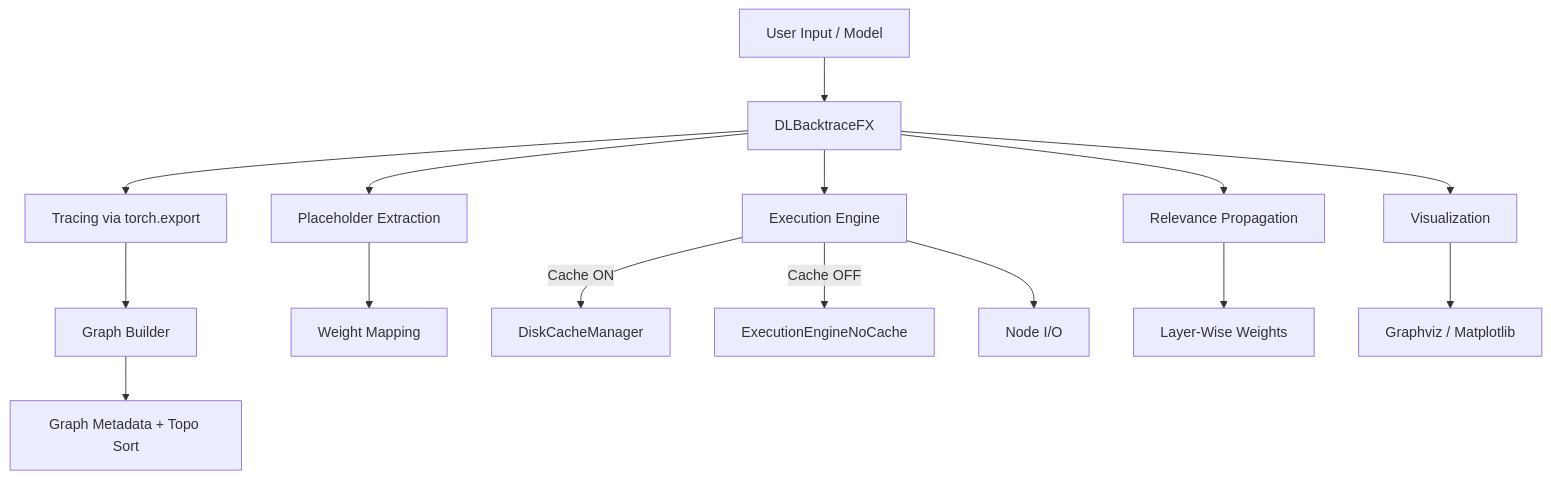
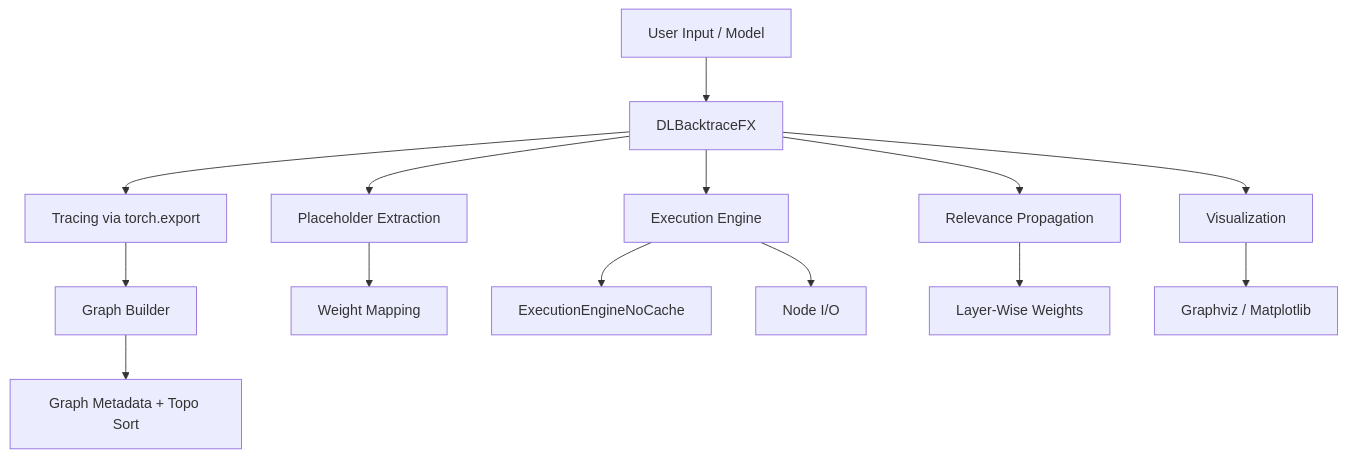
Before and after one commit to Lexsi-Labs/DLBacktrace: the diagram in DLBacktraceFX_README.md, drawn with Mermaid. The commit also changed other lines of this file and 4 other files, not shown here.

````diff
--- a/DLBacktraceFX_README.md
+++ b/DLBacktraceFX_README.md
@@ -21,22 +21,21 @@
 ```mermaid
 graph TD
     A[User Input / Model] --> B[DLBacktraceFX]
     B --> C[Tracing via torch.export]
     C --> D[Graph Builder]
     D --> E[Graph Metadata + Topo Sort]
 
     B --> F[Placeholder Extraction]
     F --> G[Weight Mapping]
 
     B --> H[Execution Engine]
-    H -->|Cache ON| I[DiskCacheManager]
-    H -->|Cache OFF| J[ExecutionEngineNoCache]
+    H --> J[ExecutionEngineNoCache]
 
     H --> K[Node I/O]
 
     B --> L[Relevance Propagation]
     L --> M[Layer-Wise Weights]
 
     B --> N[Visualization]
     N --> O[Graphviz / Matplotlib]
 ```
````
